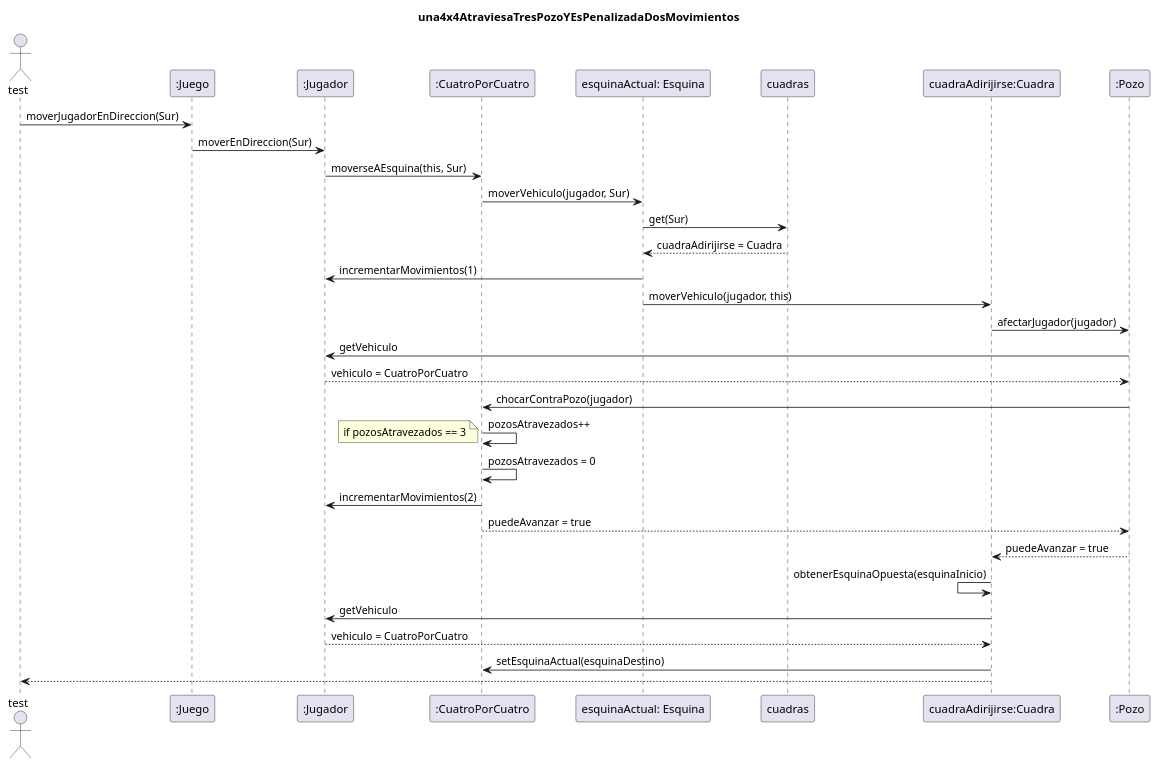
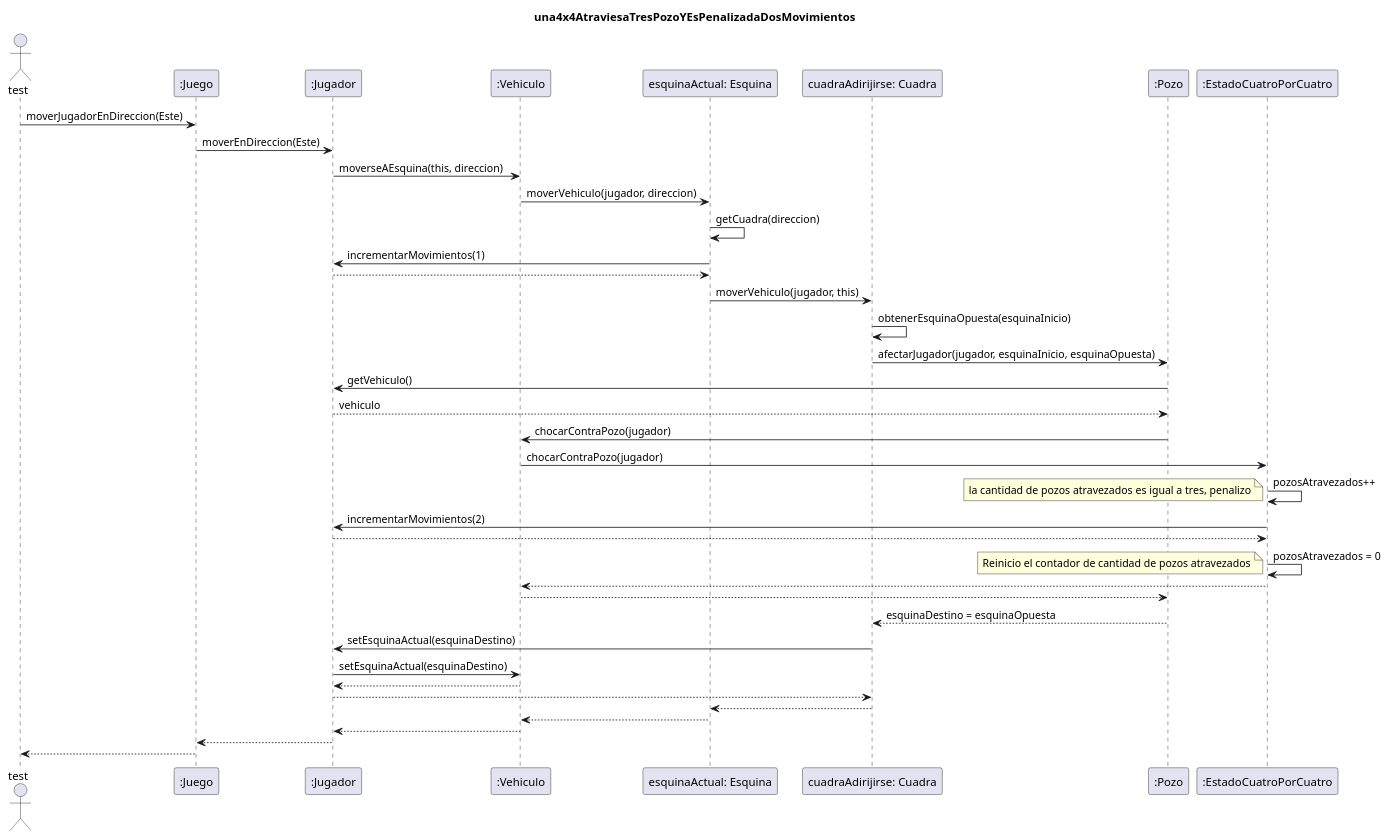
The diagram in diagrams/sequences/entrega01/CasoDeUso04.plantuml (TP2Algo3FIUBA/tp2), drawn with PlantUML before and after one commit. The commit also changed 8 other files, not shown here.

Commit message:
Actualizacion diagrama secuencia UML

```diff
--- a/diagrams/sequences/entrega01/CasoDeUso04.plantuml
+++ b/diagrams/sequences/entrega01/CasoDeUso04.plantuml
@@ -1,29 +1,47 @@
 @startuml
 title: una4x4AtraviesaTresPozoYEsPenalizadaDosMovimientos
+
 Actor test
-test -> ":Juego" : moverJugadorEnDireccion(Sur)
-":Juego" -> ":Jugador" : moverEnDireccion(Sur)
-":Jugador" -> ":CuatroPorCuatro" : moverseAEsquina(this, Sur)
-":CuatroPorCuatro" -> "esquinaActual: Esquina" : moverVehiculo(jugador, Sur)
-"esquinaActual: Esquina" -> cuadras : get(Sur)
-"esquinaActual: Esquina" <-- cuadras : cuadraAdirijirse = Cuadra
+test -> ":Juego" : moverJugadorEnDireccion(Este)
+":Juego" -> ":Jugador"  : moverEnDireccion(Este)
+":Jugador"  -> ":Vehiculo" : moverseAEsquina(this, direccion)
+":Vehiculo" -> "esquinaActual: Esquina" : moverVehiculo(jugador, direccion)
+"esquinaActual: Esquina" -> "esquinaActual: Esquina" : getCuadra(direccion)
 "esquinaActual: Esquina" -> ":Jugador" : incrementarMovimientos(1)
-"esquinaActual: Esquina" -> "cuadraAdirijirse:Cuadra" : moverVehiculo(jugador, this)
-"cuadraAdirijirse:Cuadra" -> ":Pozo" : afectarJugador(jugador)
-":Pozo" -> ":Jugador": getVehiculo
-":Pozo" <-- ":Jugador" : vehiculo = CuatroPorCuatro
-":Pozo" -> ":CuatroPorCuatro" : chocarContraPozo(jugador)
-":CuatroPorCuatro" -> ":CuatroPorCuatro" : pozosAtravezados++
+return
+
+"esquinaActual: Esquina" -> "cuadraAdirijirse: Cuadra" : moverVehiculo(jugador, this)
+"cuadraAdirijirse: Cuadra" -> "cuadraAdirijirse: Cuadra" : obtenerEsquinaOpuesta(esquinaInicio)
+"cuadraAdirijirse: Cuadra" -> ":Pozo" : afectarJugador(jugador, esquinaInicio, esquinaOpuesta)
+
+":Pozo" -> ":Jugador" : getVehiculo()
+return vehiculo
+":Pozo" -> ":Vehiculo" : chocarContraPozo(jugador)
+":Vehiculo" -> ":EstadoCuatroPorCuatro" : chocarContraPozo(jugador)
+":EstadoCuatroPorCuatro" -> ":EstadoCuatroPorCuatro" : pozosAtravezados++
 note left
-if pozosAtravezados == 3
+la cantidad de pozos atravezados es igual a tres, penalizo
 end note
-":CuatroPorCuatro" -> ":CuatroPorCuatro" : pozosAtravezados = 0
-":Jugador" <- ":CuatroPorCuatro" : incrementarMovimientos(2)
-":Pozo" <-- ":CuatroPorCuatro" : puedeAvanzar = true
-"cuadraAdirijirse:Cuadra" <-- ":Pozo" : puedeAvanzar = true
-"cuadraAdirijirse:Cuadra" <- "cuadraAdirijirse:Cuadra" : obtenerEsquinaOpuesta(esquinaInicio)
-"cuadraAdirijirse:Cuadra" -> ":Jugador" : getVehiculo
-"cuadraAdirijirse:Cuadra" <-- ":Jugador" : vehiculo = CuatroPorCuatro
-"cuadraAdirijirse:Cuadra" -> ":CuatroPorCuatro" : setEsquinaActual(esquinaDestino)
-test <-- "cuadraAdirijirse:Cuadra"
+":EstadoCuatroPorCuatro" -> ":Jugador" : incrementarMovimientos(2)
+return
+":EstadoCuatroPorCuatro" -> ":EstadoCuatroPorCuatro" : pozosAtravezados = 0
+note left
+Reinicio el contador de cantidad de pozos atravezados
+end note
+
+":EstadoCuatroPorCuatro" --> ":Vehiculo"
+":Vehiculo" --> ":Pozo"
+
+":Pozo" --> "cuadraAdirijirse: Cuadra" : esquinaDestino = esquinaOpuesta
+"cuadraAdirijirse: Cuadra" -> ":Jugador" : setEsquinaActual(esquinaDestino)
+":Jugador" -> ":Vehiculo" : setEsquinaActual(esquinaDestino)
+
+return
+":Jugador" --> "cuadraAdirijirse: Cuadra"
+"cuadraAdirijirse: Cuadra" --> "esquinaActual: Esquina"
+"esquinaActual: Esquina" --> ":Vehiculo"
+":Vehiculo" --> ":Jugador"
+":Jugador" --> ":Juego"
+":Juego" --> test
+
 @enduml
```
